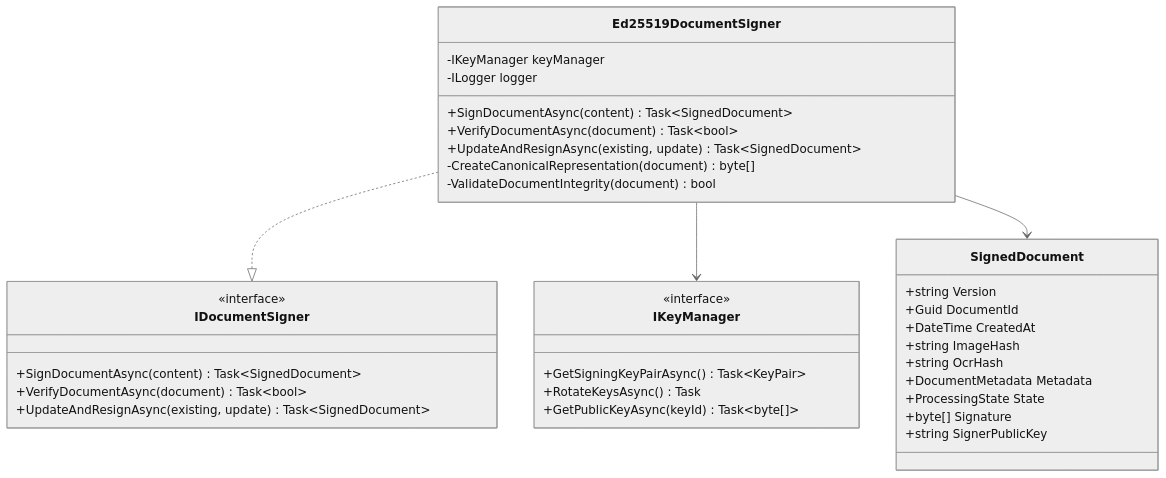
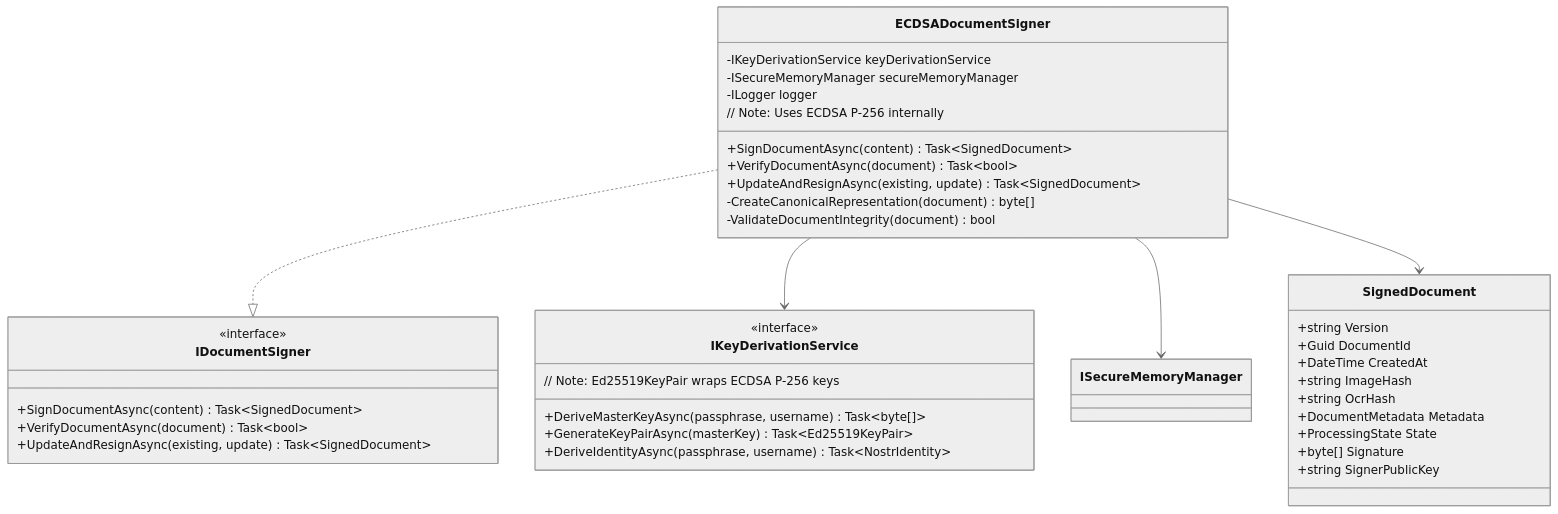
Before and after one commit to o2alexanderfedin/Nolock.social.frontends: diagram 13 of 24 in docs/architecture/features/document-scanner/ocr-scanner-architecture.md, drawn with Mermaid (neutral theme). The commit also changed other lines of this file, not shown here.

First line of the commit message:
docs(architecture): improve OCR scanner architecture with async patterns

````diff
--- a/docs/architecture/features/document-scanner/ocr-scanner-architecture.md
+++ b/docs/architecture/features/document-scanner/ocr-scanner-architecture.md
@@ -699,42 +709,46 @@
 ```mermaid
 classDiagram
     class IDocumentSigner {
         <<interface>>
         +SignDocumentAsync(content) Task~SignedDocument~
         +VerifyDocumentAsync(document) Task~bool~
         +UpdateAndResignAsync(existing, update) Task~SignedDocument~
     }
     
-    class Ed25519DocumentSigner {
-        -IKeyManager keyManager
+    class ECDSADocumentSigner {
+        -IKeyDerivationService keyDerivationService
+        -ISecureMemoryManager secureMemoryManager
         -ILogger logger
         +SignDocumentAsync(content) Task~SignedDocument~
         +VerifyDocumentAsync(document) Task~bool~
         +UpdateAndResignAsync(existing, update) Task~SignedDocument~
         -CreateCanonicalRepresentation(document) byte[]
         -ValidateDocumentIntegrity(document) bool
+        // Note: Uses ECDSA P-256 internally
     }
     
-    class IKeyManager {
+    class IKeyDerivationService {
         <<interface>>
-        +GetSigningKeyPairAsync() Task~KeyPair~
-        +RotateKeysAsync() Task
-        +GetPublicKeyAsync(keyId) Task~byte[]~
+        +DeriveMasterKeyAsync(passphrase, username) Task~byte[]~
+        +GenerateKeyPairAsync(masterKey) Task~Ed25519KeyPair~
+        +DeriveIdentityAsync(passphrase, username) Task~NostrIdentity~
+        // Note: Ed25519KeyPair wraps ECDSA P-256 keys
     }
     
     class SignedDocument {
         +string Version
         +Guid DocumentId
         +DateTime CreatedAt
         +string ImageHash
         +string OcrHash
         +DocumentMetadata Metadata
         +ProcessingState State
         +byte[] Signature
         +string SignerPublicKey
     }
     
-    Ed25519DocumentSigner ..|> IDocumentSigner
-    Ed25519DocumentSigner --> IKeyManager
-    Ed25519DocumentSigner --> SignedDocument
+    ECDSADocumentSigner ..|> IDocumentSigner
+    ECDSADocumentSigner --> IKeyDerivationService
+    ECDSADocumentSigner --> ISecureMemoryManager
+    ECDSADocumentSigner --> SignedDocument
 ```
````
